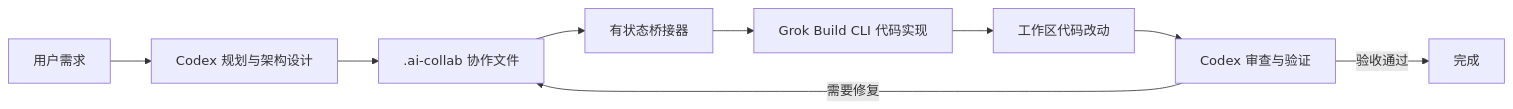
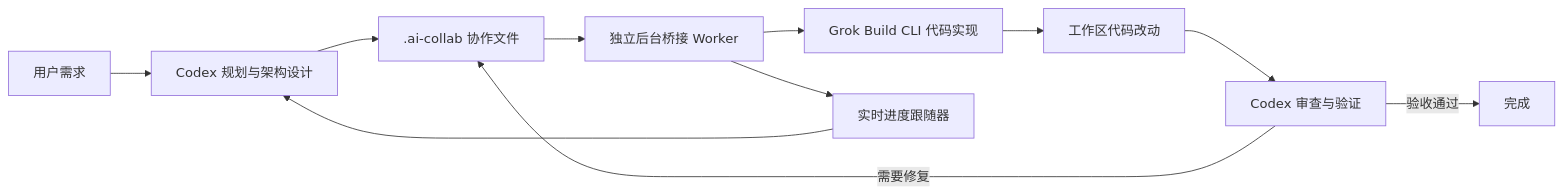
Before and after one commit to damian2848/grok-build-codex: the diagram in README.zh-CN.md, drawn with Mermaid. The commit also changed other lines of this file and 18 other files, not shown here.

````diff
--- a/README.zh-CN.md
+++ b/README.zh-CN.md
@@ -15,11 +15,13 @@
 ```mermaid
 flowchart LR
     U[用户需求] --> C[Codex 规划与架构设计]
     C --> H[.ai-collab 协作文件]
-    H --> B[有状态桥接器]
+    H --> B[独立后台桥接 Worker]
     B --> G[Grok Build CLI 代码实现]
+    B --> P[实时进度跟随器]
+    P --> C
     G --> W[工作区代码改动]
     W --> R[Codex 审查与验证]
     R -->|需要修复| H
     R -->|验收通过| D[完成]
 ```
````
